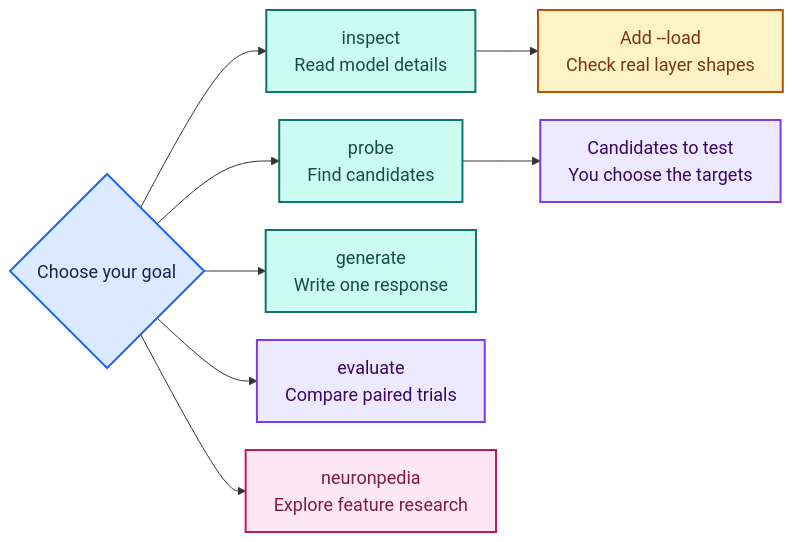
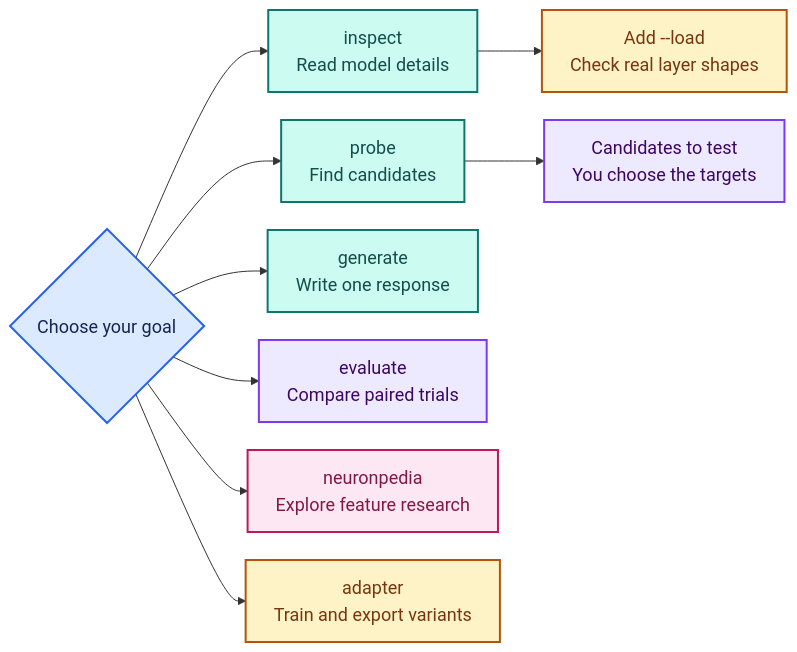
Before and after one commit to djayuffe/neuron-steer: the second of 3 diagrams in README.md, drawn with Mermaid. The commit also changed other lines of this file and 24 other files, not shown here.

````diff
--- a/README.md
+++ b/README.md
@@ -116,31 +119,32 @@
 ```mermaid
 ---
 config:
   fontFamily: Arial, Helvetica, sans-serif
   fontSize: 18
   themeVariables:
     fontFamily: Arial, Helvetica, sans-serif
     fontSize: 18px
   flowchart:
     nodeSpacing: 28
     rankSpacing: 42
     padding: 14
 ---
 flowchart LR
   accTitle: Choose the command for your question
   accDescr: Inspect checks capabilities, probe ranks observational candidates, generate produces text, evaluate compares trials, and neuronpedia performs explicit research.
   Q{"Choose your goal"}:::input
   Q --> I["inspect<br/>Read model details"]:::local
   I --> IL["Add --load<br/>Check real layer shapes"]:::choice
   Q --> P["probe<br/>Find candidates"]:::local
   P --> H["Candidates to test<br/>You choose the targets"]:::evidence
   Q --> G["generate<br/>Write one response"]:::local
   Q --> E["evaluate<br/>Compare paired trials"]:::evidence
   Q --> N["neuronpedia<br/>Explore feature research"]:::remote
+  Q --> A["adapter<br/>Train and export variants"]:::choice
   classDef input fill:#DBEAFE,stroke:#2563EB,color:#172554,stroke-width:2px;
   classDef local fill:#CCFBF1,stroke:#0F766E,color:#134E4A,stroke-width:2px;
   classDef choice fill:#FEF3C7,stroke:#B45309,color:#78350F,stroke-width:2px;
   classDef evidence fill:#EDE9FE,stroke:#7C3AED,color:#3B0764,stroke-width:2px;
   classDef remote fill:#FCE7F3,stroke:#BE185D,color:#831843,stroke-width:2px;
   classDef limit fill:#FEE2E2,stroke:#DC2626,color:#7F1D1D,stroke-width:2px;
 ```
````
